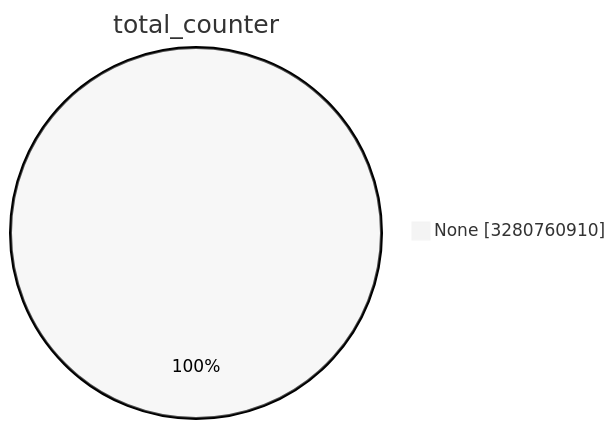
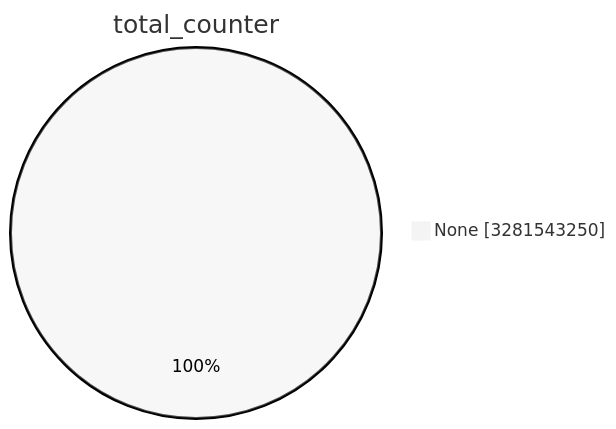
The first of 15 diagrams in TOTAL/README.md (christiankrug/ctmonitor_visualization), drawn with Mermaid (neutral theme) before and after one commit. The commit also changed other lines of this file, not shown here.

````diff
--- a/TOTAL/README.md
+++ b/TOTAL/README.md
@@ -1,5 +1,5 @@
 ```mermaid
 pie showData
 title total_counter
-"None" :3280760910
+"None" :3281543250
 ```
````
